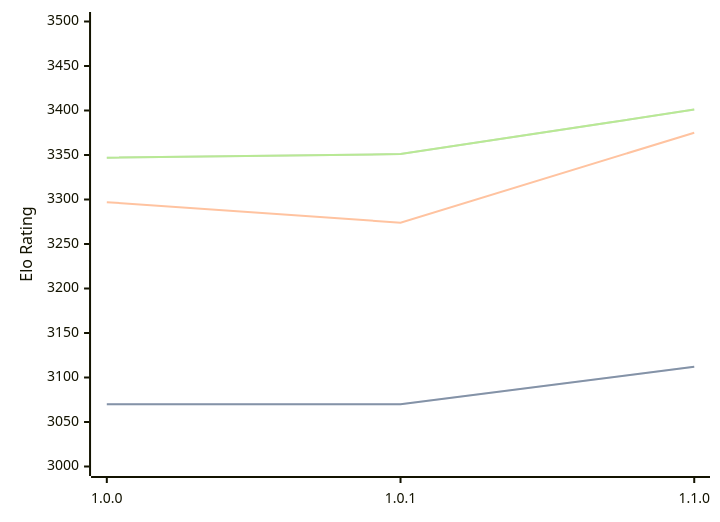
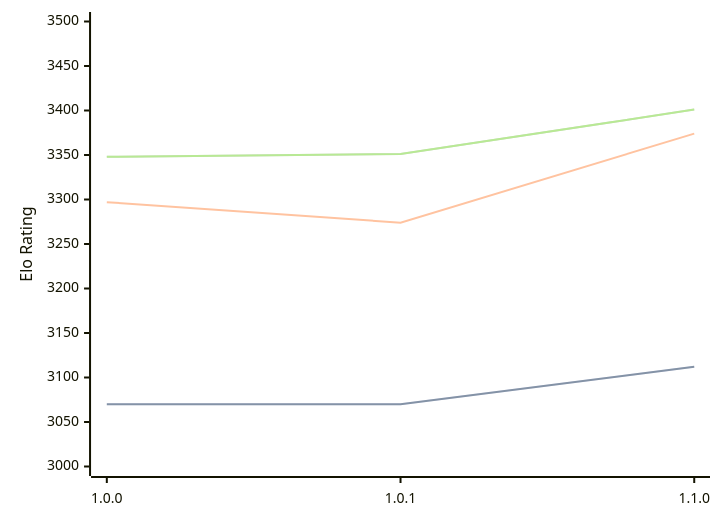
One commit to computer-chess-index/cci changed the diagram in engines/Ursus.md. Above: the diagram before and after it, drawn with Mermaid. The commit also changed other lines of this file, not shown here.

Commit message:
Update CCI Ratings (ELO VLTC) - 2026-09-10

````diff
--- a/engines/Ursus.md
+++ b/engines/Ursus.md
@@ -33,11 +33,11 @@
 ```mermaid
 %%{init: {"theme":"base","themeVariables":{"seriesColors:['#a3a3a3','#222221','#faa371']}}}%%
 xychart-beta
   x-axis ["1.0.0", "1.0.1", "1.1.0"]
   y-axis "Elo Rating" 3000 --> 3500
   line "" [3070, 3070, 3112]
   line "STC (8.0+0.08s)" [3070, 3070, 3112]
-  line "LTC (60.0+0.60s)" [3297, 3274, 3375]
-  line "" [3347, 3351, 3401]
-  line "VLTC (2m24s+1.12s)" [3347, 3351, 3401]
+  line "LTC (60.0+0.60s)" [3297, 3274, 3374]
+  line "" [3348, 3351, 3401]
+  line "VLTC (2m24s+1.12s)" [3348, 3351, 3401]
 ```
````
